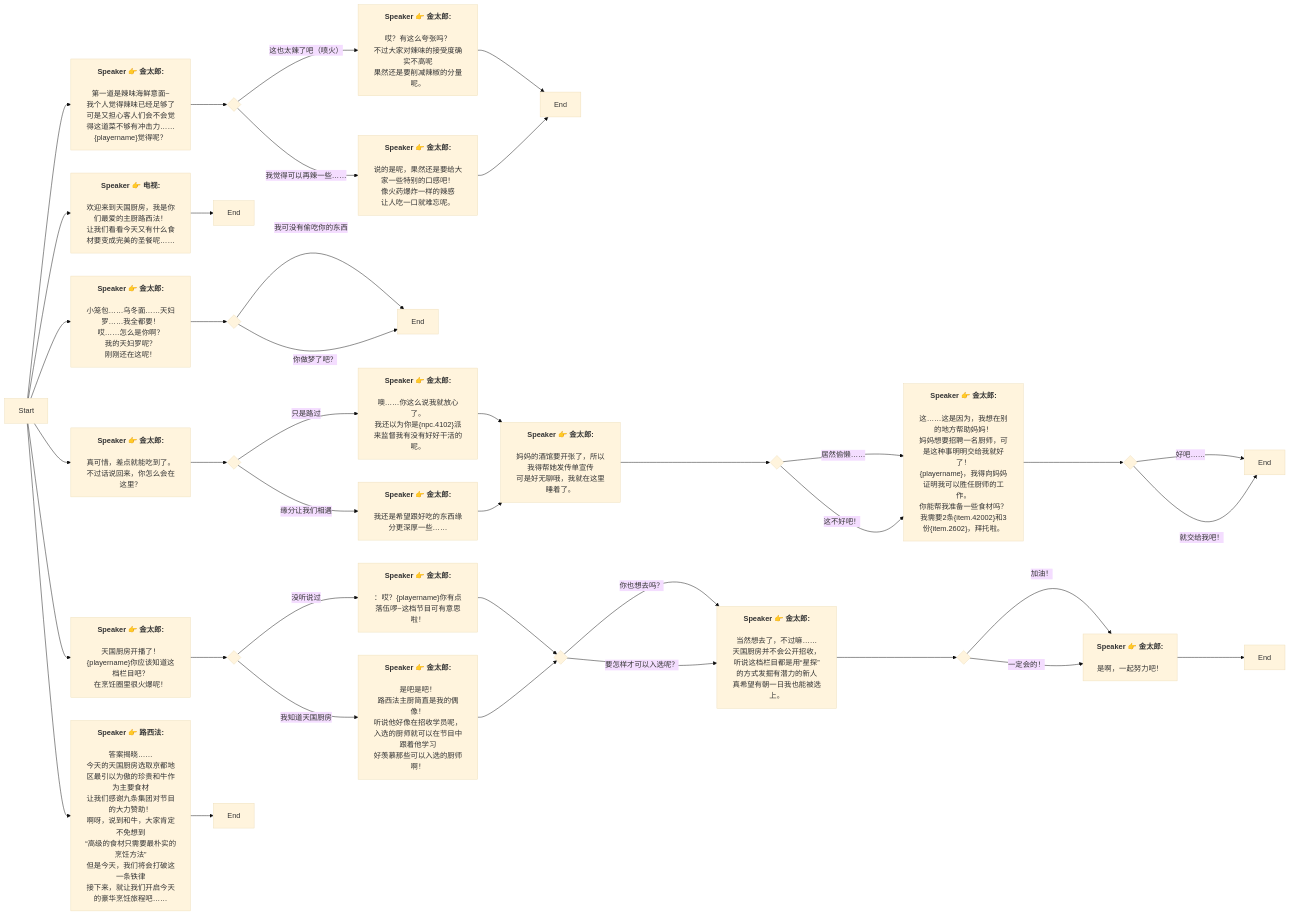
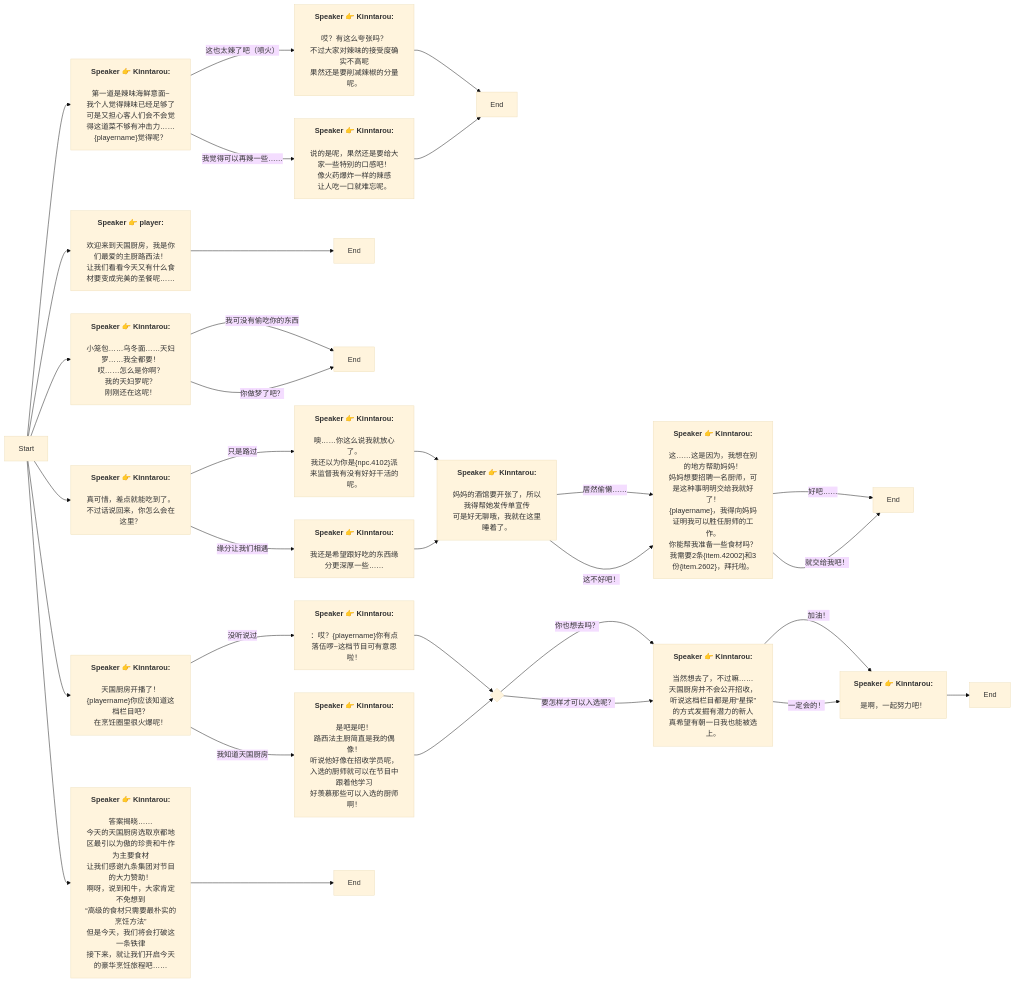
Before and after one commit to SoftHu/tos_avg: the diagram in Zh/heart_4_1_3.md, drawn with Mermaid (base theme). The commit also changed 737 other files, not shown here.

````diff
--- a/Zh/heart_4_1_3.md
+++ b/Zh/heart_4_1_3.md
@@ -1,123 +1,86 @@
 ```mermaid
 graph LR
-Start -->1757655458919025[<b>Speaker 👉 金太郎:</b>
-
-第一道是辣味海鲜意面~
+Start -->1757655458919025[<b>Speaker 👉 Kinntarou:</b>
+\n第一道是辣味海鲜意面~
 我个人觉得辣味已经足够了
-可是又担心客人们会不会觉得这道菜不够有冲击力……
-&lbrace;playername&rbrace;觉得呢？]
-1757655458919025 -->1757656312290930{ }
-1757656312290930 -->|这也太辣了吧（喷火）|1757656448902775[<b>Speaker 👉 金太郎:</b>
-
-哎？有这么夸张吗？
+可是又担心客人们会不会觉得这道菜不够有冲击力……\n&lbrace;playername&rbrace;觉得呢？]
+1757655458919025 -->|这也太辣了吧（喷火）|1757656448902775[<b>Speaker 👉 Kinntarou:</b>
+\n哎？有这么夸张吗？
 不过大家对辣味的接受度确实不高呢
 果然还是要削减辣椒的分量呢。]
-1757656312290930 -->|我觉得可以再辣一些……|1757656589291128[<b>Speaker 👉 金太郎:</b>
-
-说的是呢，果然还是要给大家一些特别的口感吧！
+1757655458919025 -->|我觉得可以再辣一些……|1757656589291128[<b>Speaker 👉 Kinntarou:</b>
+\n说的是呢，果然还是要给大家一些特别的口感吧！
 像火药爆炸一样的辣感
 让人吃一口就难忘呢。]
 1757656448902775 -->1758962451920574[End]
 1757656589291128 -->1758962451920574[End]
-Start -->1757657246957178[<b>Speaker 👉 电视:</b>
-
-欢迎来到天国厨房，我是你们最爱的主厨路西法！
+Start -->1757657246957178[<b>Speaker 👉 player:</b>
+\n欢迎来到天国厨房，我是你们最爱的主厨路西法！
 让我们看看今天又有什么食材要变成完美的圣餐呢……]
 1757657246957178 -->1758962459651775[End]
-Start -->1758891824335472[<b>Speaker 👉 金太郎:</b>
-
-小笼包……乌冬面……天妇罗……我全都要！
-哎……怎么是你啊？
+Start -->1758891824335472[<b>Speaker 👉 Kinntarou:</b>
+\n小笼包……乌冬面……天妇罗……我全都要！\n哎……怎么是你啊？
 我的天妇罗呢？
 刚刚还在这呢！]
-1758891824335472 -->1758891824335475{ }
-1758891824335475 -->|我可没有偷吃你的东西|1758892125002396[End]
-1758891824335475 -->|你做梦了吧？|1758892125002396[End]
-Start -->1758891824336501[<b>Speaker 👉 金太郎:</b>
-
-真可惜，差点就能吃到了。
+1758891824335472 -->|我可没有偷吃你的东西|1758892125002396[End]
+1758891824335472 -->|你做梦了吧？|1758892125002396[End]
+439414457979296 -->|你也想去吗？|1757658446446216[<b>Speaker 👉 Kinntarou:</b>
+\n当然想去了，不过嘛……
+天国厨房并不会公开招收，
+听说这档栏目都是用“星探”的方式发掘有潜力的新人\n真希望有朝一日我也能被选上。]
+439414457979296 -->|要怎样才可以入选呢？|1757658446446216[<b>Speaker 👉 Kinntarou:</b>
+\n当然想去了，不过嘛……
+天国厨房并不会公开招收，
+听说这档栏目都是用“星探”的方式发掘有潜力的新人\n真希望有朝一日我也能被选上。]
+Start -->1758891824336501[<b>Speaker 👉 Kinntarou:</b>
+\n真可惜，差点就能吃到了。
 不过话说回来，你怎么会在这里？]
-1758891824336501 -->1758891824336504{ }
-1758891824336504 -->|只是路过|1758891824336505[<b>Speaker 👉 金太郎:</b>
-
-噢……你这么说我就放心了。
+1758891824336501 -->|只是路过|1758891824336505[<b>Speaker 👉 Kinntarou:</b>
+\n噢……你这么说我就放心了。
 我还以为你是&lbrace;npc.4102&rbrace;派来监督我有没有好好干活的呢。]
-1758891824336504 -->|缘分让我们相遇|1758891824338563[<b>Speaker 👉 金太郎:</b>
-
-我还是希望跟好吃的东西缘分更深厚一些……]
-1758891824336505 -->1758891824337530[<b>Speaker 👉 金太郎:</b>
-
-妈妈的酒馆要开张了，所以我得帮她发传单宣传
+1758891824336501 -->|缘分让我们相遇|1758891824338563[<b>Speaker 👉 Kinntarou:</b>
+\n我还是希望跟好吃的东西缘分更深厚一些……]
+1758891824336505 -->1758891824337530[<b>Speaker 👉 Kinntarou:</b>
+\n妈妈的酒馆要开张了，所以我得帮她发传单宣传
 可是好无聊哦，我就在这里睡着了。]
-1758891824337530 -->1758891824337533{ }
-1758891824337533 -->|居然偷懒……|1758891824337534[<b>Speaker 👉 金太郎:</b>
-
-这……这是因为，我想在别的地方帮助妈妈！
-妈妈想要招聘一名厨师，可是这种事明明交给我就好了！
-&lbrace;playername&rbrace;，我得向妈妈证明我可以胜任厨师的工作。
+1758891824337530 -->|居然偷懒……|1758891824337534[<b>Speaker 👉 Kinntarou:</b>
+\n这……这是因为，我想在别的地方帮助妈妈！
+妈妈想要招聘一名厨师，可是这种事明明交给我就好了！\n&lbrace;playername&rbrace;，我得向妈妈证明我可以胜任厨师的工作。
 你能帮我准备一些食材吗？
 我需要2条&lbrace;item.42002&rbrace;和3份&lbrace;item.2602&rbrace;，拜托啦。]
-1758891824337533 -->|这不好吧！|1758891824337534[<b>Speaker 👉 金太郎:</b>
-
-这……这是因为，我想在别的地方帮助妈妈！
-妈妈想要招聘一名厨师，可是这种事明明交给我就好了！
-&lbrace;playername&rbrace;，我得向妈妈证明我可以胜任厨师的工作。
+1758891824337530 -->|这不好吧！|1758891824337534[<b>Speaker 👉 Kinntarou:</b>
+\n这……这是因为，我想在别的地方帮助妈妈！
+妈妈想要招聘一名厨师，可是这种事明明交给我就好了！\n&lbrace;playername&rbrace;，我得向妈妈证明我可以胜任厨师的工作。
 你能帮我准备一些食材吗？
 我需要2条&lbrace;item.42002&rbrace;和3份&lbrace;item.2602&rbrace;，拜托啦。]
-1758891824337534 -->1758891824337537{ }
-1758891824337537 -->|好吧……|1758891824338562[End]
-1758891824337537 -->|就交给我吧！|1758891824338562[End]
-1758891824338563 -->1758891824337530[<b>Speaker 👉 金太郎:</b>
-
-妈妈的酒馆要开张了，所以我得帮她发传单宣传
+1758891824337534 -->|好吧……|1758891824338562[End]
+1758891824337534 -->|就交给我吧！|1758891824338562[End]
+1758891824338563 -->1758891824337530[<b>Speaker 👉 Kinntarou:</b>
+\n妈妈的酒馆要开张了，所以我得帮她发传单宣传
 可是好无聊哦，我就在这里睡着了。]
-Start -->1757657625870971[<b>Speaker 👉 金太郎:</b>
-
-天国厨房开播了！
+Start -->1757657625870971[<b>Speaker 👉 Kinntarou:</b>
+\n天国厨房开播了！
 &lbrace;playername&rbrace;你应该知道这档栏目吧？
 在烹饪圈里很火爆呢！]
-1757657625870971 -->1757657648455292{ }
-1757657648455292 -->|没听说过|1757657831917185[<b>Speaker 👉 金太郎:</b>
-
-：哎？&lbrace;playername&rbrace;你有点落伍啰~这档节目可有意思啦！]
-1757657648455292 -->|我知道天国厨房|1757657837139586[<b>Speaker 👉 金太郎:</b>
-
-是吧是吧！
-路西法主厨简直是我的偶像！
+1757657625870971 -->|没听说过|1757657831917185[<b>Speaker 👉 Kinntarou:</b>
+\n：哎？&lbrace;playername&rbrace;你有点落伍啰~这档节目可有意思啦！]
+1757657625870971 -->|我知道天国厨房|1757657837139586[<b>Speaker 👉 Kinntarou:</b>
+\n是吧是吧！\n路西法主厨简直是我的偶像！
 听说他好像在招收学员呢，
-入选的厨师就可以在节目中跟着他学习
-好羡慕那些可以入选的厨师啊！]
-1757657831917185 -->1757658192190083{ }
-1757658192190083 -->|你也想去吗？|1757658446446216[<b>Speaker 👉 金太郎:</b>
-
-当然想去了，不过嘛……
-天国厨房并不会公开招收，
-听说这档栏目都是用“星探”的方式发掘有潜力的新人
-真希望有朝一日我也能被选上。]
-1757658192190083 -->|要怎样才可以入选呢？|1757658446446216[<b>Speaker 👉 金太郎:</b>
-
-当然想去了，不过嘛……
-天国厨房并不会公开招收，
-听说这档栏目都是用“星探”的方式发掘有潜力的新人
-真希望有朝一日我也能被选上。]
-1757658446446216 -->1757658685963913{ }
-1757658685963913 -->|加油！|1757658708194958[<b>Speaker 👉 金太郎:</b>
-
-是啊，一起努力吧！]
-1757658685963913 -->|一定会的！|1757658708194958[<b>Speaker 👉 金太郎:</b>
-
-是啊，一起努力吧！]
+入选的厨师就可以在节目中跟着他学习\n好羡慕那些可以入选的厨师啊！]
+1757657831917185 -->439414457979296{ }
+1757658446446216 -->|加油！|1757658708194958[<b>Speaker 👉 Kinntarou:</b>
+\n是啊，一起努力吧！]
+1757658446446216 -->|一定会的！|1757658708194958[<b>Speaker 👉 Kinntarou:</b>
+\n是啊，一起努力吧！]
 1757658708194958 -->1758962481221313[End]
-1757657837139586 -->1757658192190083{ }
-Start -->1758894263585440[<b>Speaker 👉 路西法:</b>
-
-答案揭晓……
+1757657837139586 -->439414457979296{ }
+Start -->1758894263585440[<b>Speaker 👉 Kinntarou:</b>
+\n答案揭晓……
 今天的天国厨房选取京都地区最引以为傲的珍贵和牛作为主要食材
-让我们感谢九条集团对节目的大力赞助！
-啊呀，说到和牛，大家肯定不免想到
+让我们感谢九条集团对节目的大力赞助！\n啊呀，说到和牛，大家肯定不免想到
 “高级的食材只需要最朴实的烹饪方法”
-但是今天，我们将会打破这一条铁律
-接下来，就让我们开启今天的豪华烹饪旅程吧……]
+但是今天，我们将会打破这一条铁律\n接下来，就让我们开启今天的豪华烹饪旅程吧……]
 1758894263585440 -->1758962464800448[End]
 
- ```
+```
````
